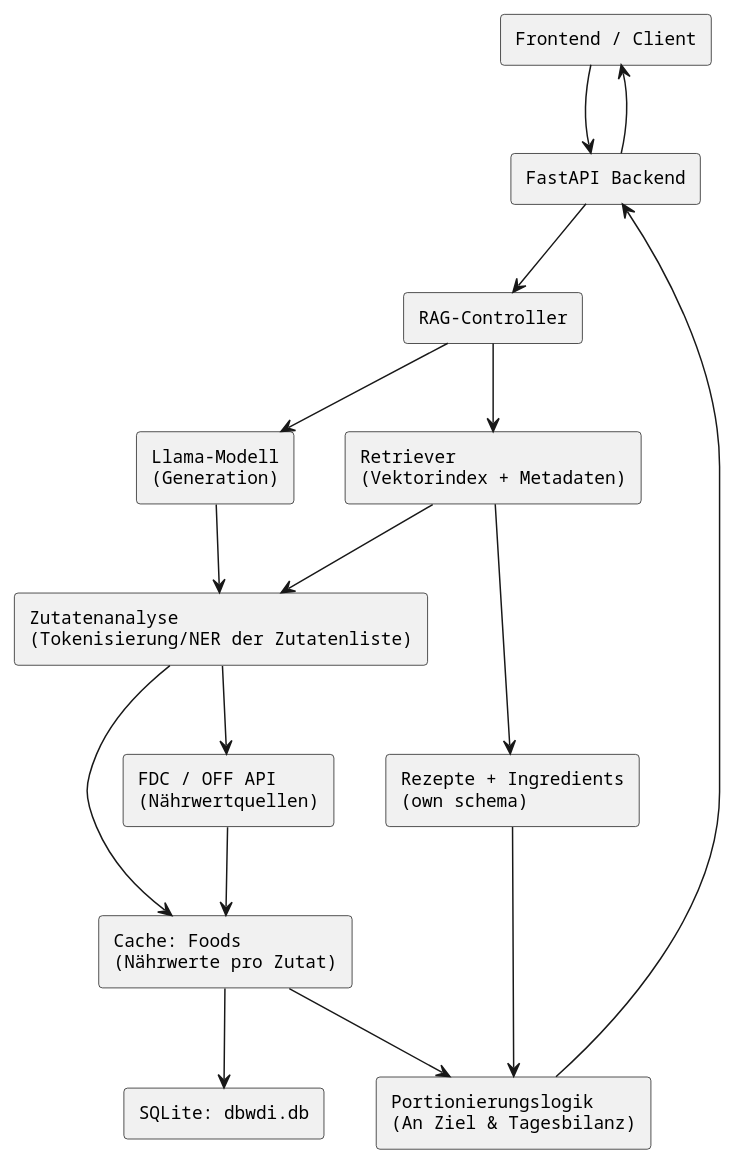
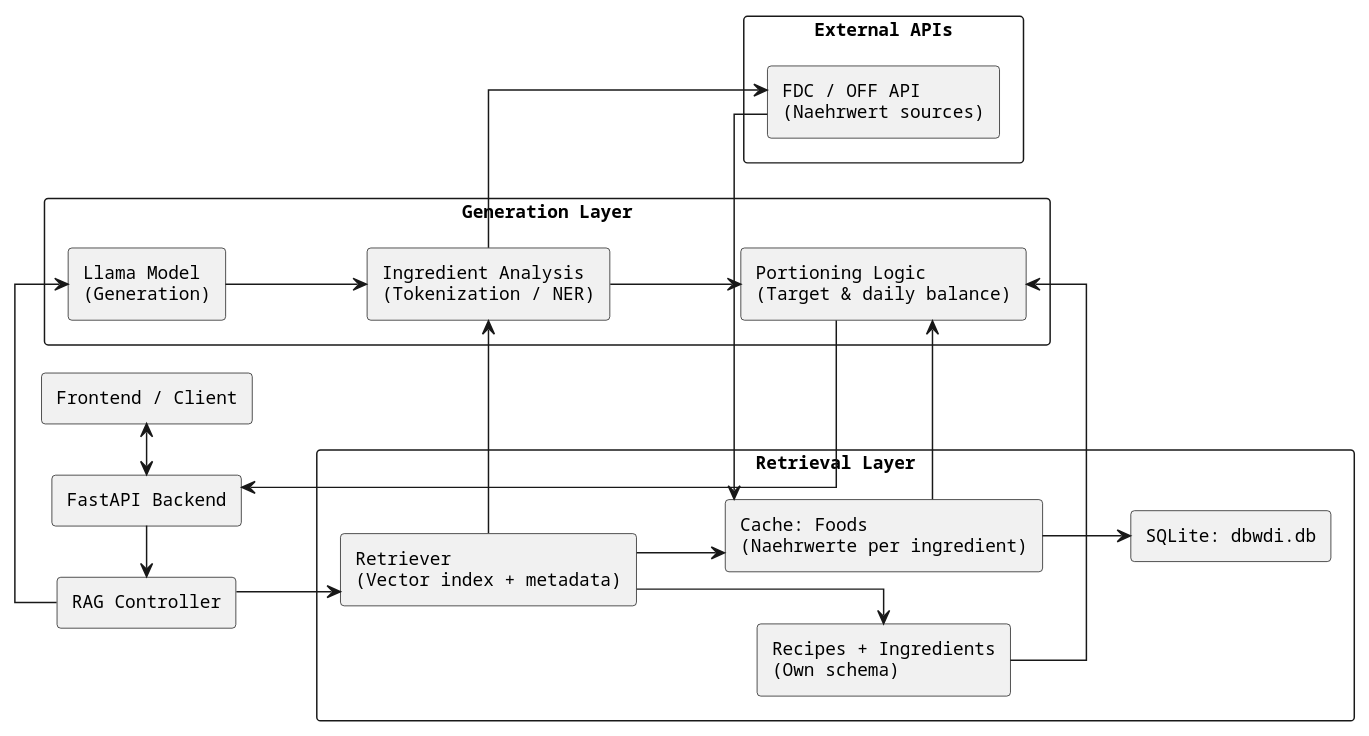
Before and after one commit to NicoBaier123/NutriTrack: the diagram in docs/diagrams/architecture.puml, drawn with PlantUML. The commit also changed 5 other files, not shown here.

Commit message:
diagram for presentation ready

```diff
--- a/docs/diagrams/architecture.puml
+++ b/docs/diagrams/architecture.puml
@@ -1,37 +1,45 @@
 @startuml
 skinparam monochrome true
 skinparam defaultFontName Courier
 skinparam defaultFontSize 12
+skinparam linetype ortho
+left to right direction
 
 rectangle "Frontend / Client" as FE
 rectangle "FastAPI Backend" as API
+rectangle "RAG Controller" as RAG
 
-rectangle "RAG-Controller" as RAG
-rectangle "Retriever\n(Vektorindex + Metadaten)" as RET
-rectangle "Llama-Modell\n(Generation)" as LLM
-rectangle "Portionierungslogik\n(An Ziel & Tagesbilanz)" as PORT
-rectangle "Zutatenanalyse\n(Tokenisierung/NER der Zutatenliste)" as ZUT
+rectangle "Retrieval Layer" {
+  rectangle "Retriever\n(Vector index + metadata)" as RET
+  rectangle "Cache: Foods\n(Naehrwerte per ingredient)" as CACHE
+  rectangle "SQLite: dbwdi.db" as DB
+  rectangle "Recipes + Ingredients\n(Own schema)" as REC
+}
 
-rectangle "SQLite: dbwdi.db" as DB
-rectangle "Cache: Foods\n(Nährwerte pro Zutat)" as CACHE
-rectangle "Rezepte + Ingredients\n(own schema)" as REC
+rectangle "Generation Layer" {
+  rectangle "Llama Model\n(Generation)" as LLM
+  rectangle "Ingredient Analysis\n(Tokenization / NER)" as ZUT
+  rectangle "Portioning Logic\n(Target & daily balance)" as PORT
+}
 
-rectangle "FDC / OFF API\n(Nährwertquellen)" as FDC
+rectangle "External APIs" {
+  rectangle "FDC / OFF API\n(Naehrwert sources)" as FDC
+}
 
-FE --> API
-API --> RAG
-RAG --> RET
-RAG --> LLM
-RET --> REC
-LLM --> ZUT
-RET --> ZUT
-ZUT --> CACHE
-CACHE --> DB
-ZUT --> FDC
-FDC --> CACHE
-CACHE --> PORT
-REC --> PORT
-PORT --> API
-API --> FE
+FE <-> API
+API -right-> RAG
+RAG -right-> RET
+RAG -right-> LLM
+RET -down-> CACHE
+CACHE -down-> DB
+RET -down-> REC
+LLM -down-> ZUT
+ZUT -down-> PORT
+RET -right-> ZUT
+REC -right-> PORT
+CACHE -right-> PORT
+ZUT -right-> FDC
+FDC -left-> CACHE
+PORT -left-> API
 
 @enduml
```
